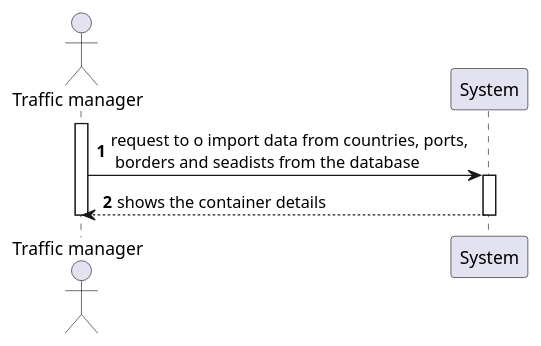
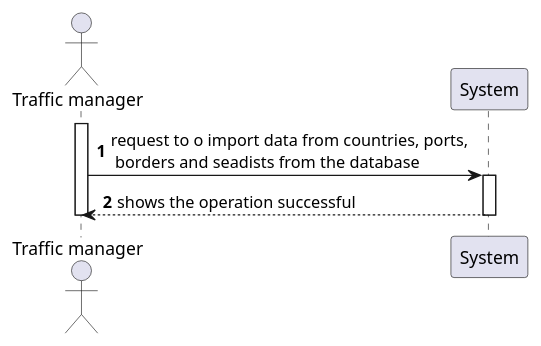
One commit to Pedromaia26/LAPR3-ISEP changed the diagram in Documentation/Sprint3/Requirements_Engineering/US301/US301_SSD.puml. Above: the diagram before and after it, drawn with PlantUML.

Commit message:
G41-99 #time 5min #comment SSD file correction

```diff
--- a/Documentation/Sprint3/Requirements_Engineering/US301/US301_SSD.puml
+++ b/Documentation/Sprint3/Requirements_Engineering/US301/US301_SSD.puml
@@ -1,15 +1,15 @@
 @startuml
 'https://plantuml.com/sequence-diagram
 
 autonumber
 
 actor "Traffic manager" as TM
 participant "System" as S
 activate TM
 
 TM -> S: request to o import data from countries, ports,\n borders and seadists from the database
 activate S
-TM <-- S: shows the container details
+TM <-- S: shows the operation successful
 deactivate S
 deactivate TM
 @enduml
```
